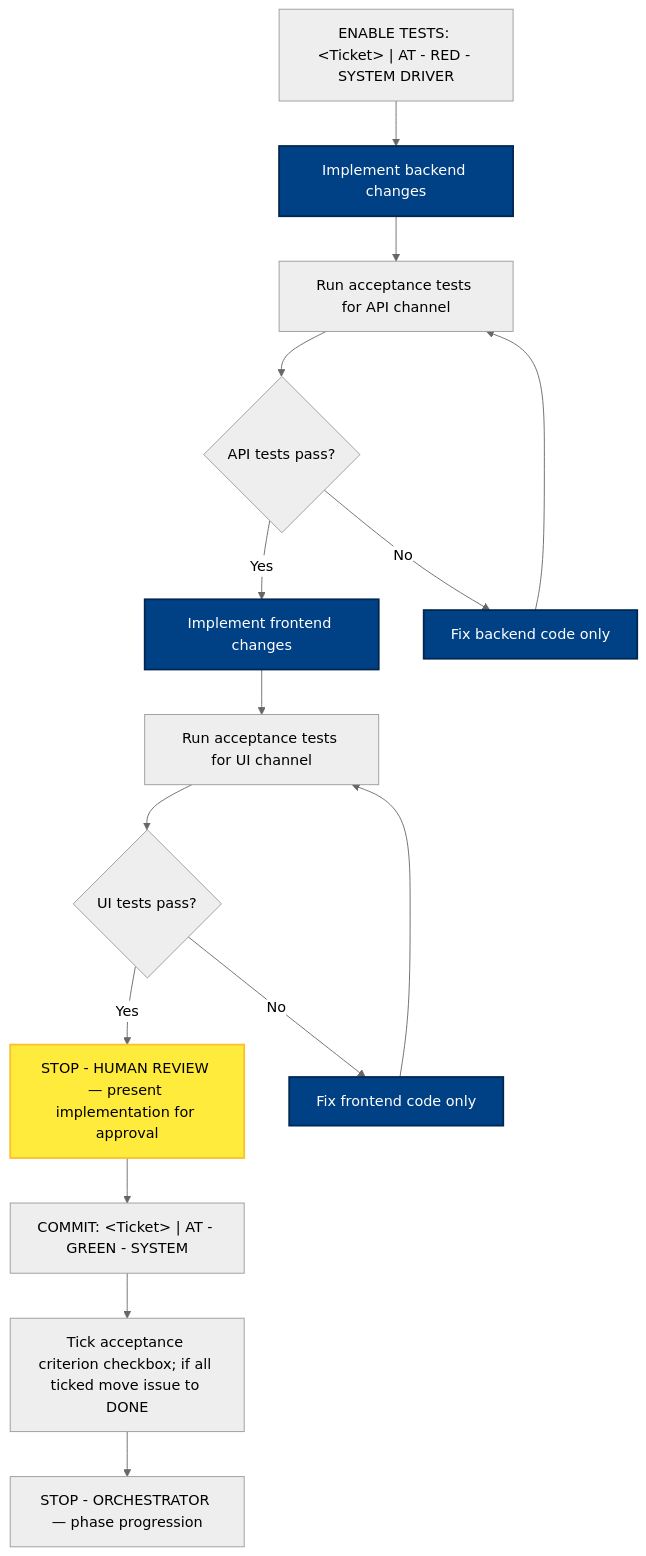
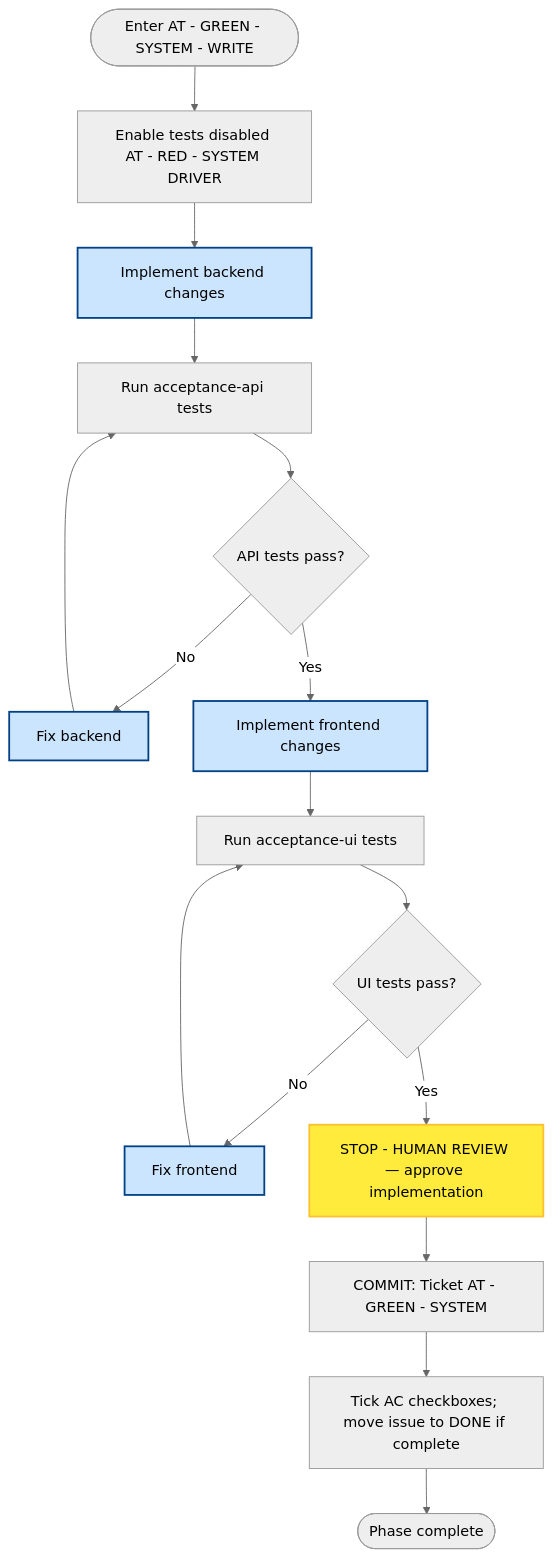
One commit to optivem/starter changed the fourth of 8 diagrams in docs/atdd/process/phase-details-diagram.md. Above: the diagram before and after it, drawn with Mermaid (neutral theme). The commit also changed other lines of this file and 1 other file, not shown here.

First line of the commit message:
Regenerate process diagrams after AT/CT phase doc split

````diff
--- a/docs/atdd/process/phase-details-diagram.md
+++ b/docs/atdd/process/phase-details-diagram.md
@@ -126,36 +128,38 @@
 ```mermaid
 flowchart TD
-    ENABLE["ENABLE TESTS: &lt;Ticket&gt; | AT - RED - SYSTEM DRIVER"]
+    START([Enter AT - GREEN - SYSTEM - WRITE])
+    ENABLE[Enable tests disabled AT - RED - SYSTEM DRIVER]
     BACKEND[Implement backend changes]
-    RUN_API[Run acceptance tests for API channel]
+    RUN_API[Run acceptance-api tests]
     API_PASS{API tests pass?}
-    FIX_BACKEND[Fix backend code only]
+    FIX_BACKEND[Fix backend]
     FRONTEND[Implement frontend changes]
-    RUN_UI[Run acceptance tests for UI channel]
+    RUN_UI[Run acceptance-ui tests]
     UI_PASS{UI tests pass?}
-    FIX_FRONTEND[Fix frontend code only]
-    STOP_WRITE[STOP - HUMAN REVIEW — present implementation for approval]
-    COMMIT["COMMIT: &lt;Ticket&gt; | AT - GREEN - SYSTEM"]
-    GH_TICK[Tick acceptance criterion checkbox; if all ticked move issue to DONE]
-    STOP_END[STOP - ORCHESTRATOR — phase progression]
+    FIX_FRONTEND[Fix frontend]
+    STOP_WRITE[STOP - HUMAN REVIEW — approve implementation]
+    COMMIT[COMMIT: Ticket AT - GREEN - SYSTEM]
+    TICK[Tick AC checkboxes; move issue to DONE if complete]
+    END_NODE([Phase complete])
 
+    START --> ENABLE
     ENABLE --> BACKEND
     BACKEND --> RUN_API
     RUN_API --> API_PASS
-    API_PASS -->|Yes| FRONTEND
     API_PASS -->|No| FIX_BACKEND
     FIX_BACKEND --> RUN_API
+    API_PASS -->|Yes| FRONTEND
     FRONTEND --> RUN_UI
     RUN_UI --> UI_PASS
-    UI_PASS -->|Yes| STOP_WRITE
     UI_PASS -->|No| FIX_FRONTEND
     FIX_FRONTEND --> RUN_UI
+    UI_PASS -->|Yes| STOP_WRITE
     STOP_WRITE --> COMMIT
-    COMMIT --> GH_TICK
-    GH_TICK --> STOP_END
+    COMMIT --> TICK
+    TICK --> END_NODE
 
-    classDef effortNode fill:#004085,stroke:#002752,stroke-width:2px,color:#fff
+    classDef effortNode fill:#cce5ff,stroke:#004085,stroke-width:2px
     class BACKEND,FRONTEND,FIX_BACKEND,FIX_FRONTEND effortNode
     classDef humanReviewNode fill:#ffeb3b,stroke:#fbc02d,stroke-width:2px,color:#000
     class STOP_WRITE humanReviewNode
 ```
````
